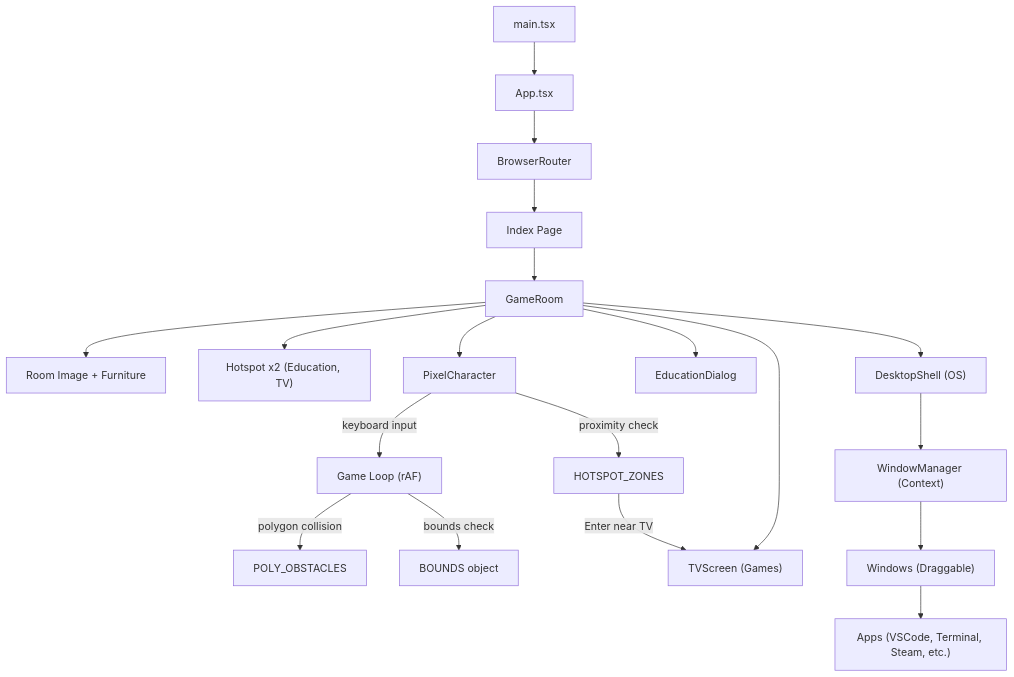
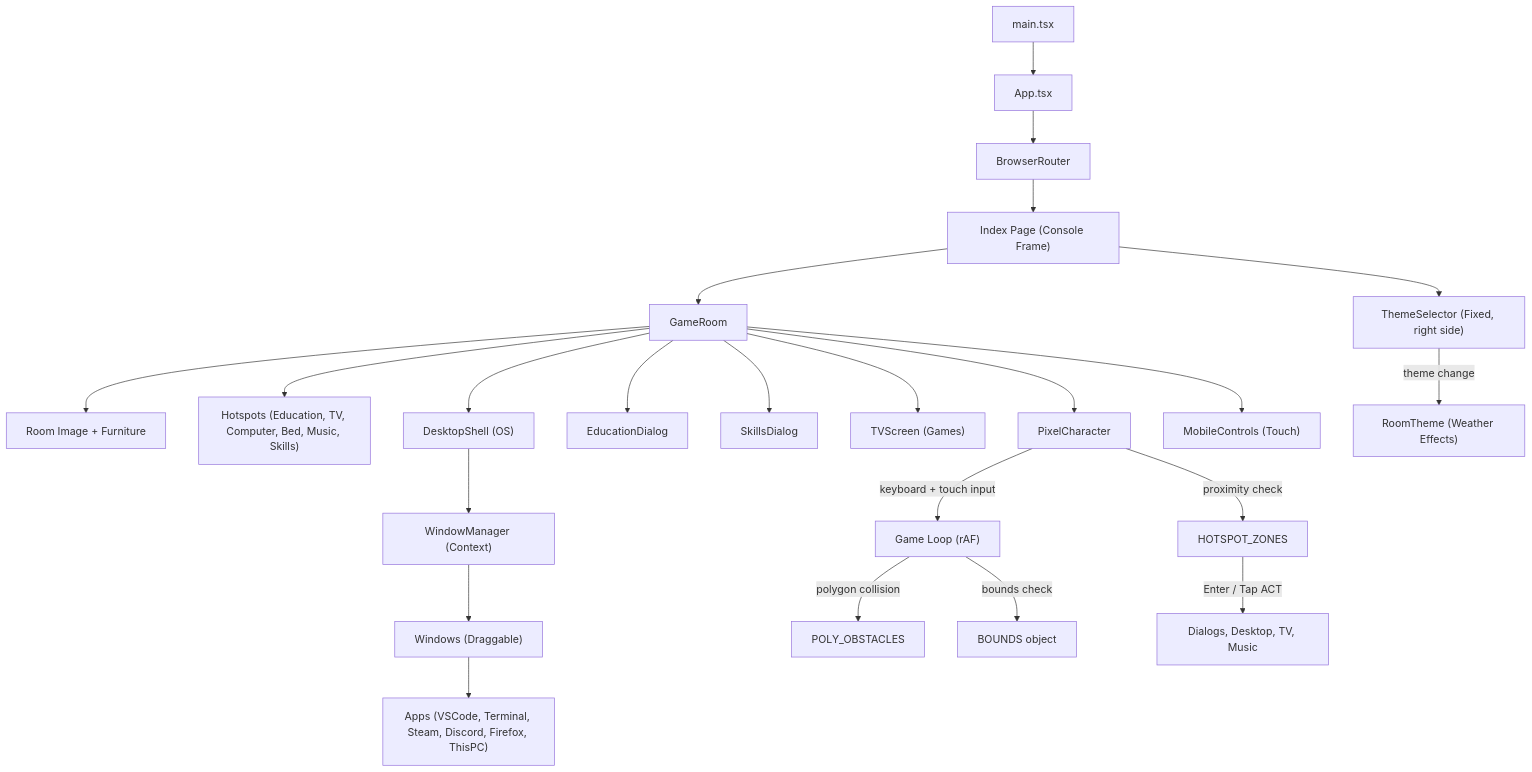
Before and after one commit to abdelrhamanashraf/portfolioGame: the diagram in project_documentation.md, drawn with Mermaid. The commit also changed other lines of this file and 44 other files, not shown here.

````diff
--- a/project_documentation.md
+++ b/project_documentation.md
@@ -80,23 +104,28 @@
 ```mermaid
 graph TD
     A["main.tsx"] --> B["App.tsx"]
     B --> C["BrowserRouter"]
-    C --> D["Index Page"]
+    C --> D["Index Page (Console Frame)"]
     D --> F["GameRoom"]
     F --> G["Room Image + Furniture"]
-    F --> H["Hotspot x2 (Education, TV)"]
+    F --> H["Hotspots (Education, TV, Computer, Bed, Music, Skills)"]
     F --> I["PixelCharacter"]
     F --> L["EducationDialog"]
+    F --> SK["SkillsDialog"]
     F --> T["TVScreen (Games)"]
     F --> DS["DesktopShell (OS)"]
+    F --> MC["MobileControls (Touch)"]
     
     DS --> WM["WindowManager (Context)"]
     WM --> W["Windows (Draggable)"]
-    W --> Apps["Apps (VSCode, Terminal, Steam, etc.)"]
+    W --> Apps["Apps (VSCode, Terminal, Steam, Discord, Firefox, ThisPC)"]
     
-    I -->|"keyboard input"| M["Game Loop (rAF)"]
+    I -->|"keyboard + touch input"| M["Game Loop (rAF)"]
     M -->|"polygon collision"| N["POLY_OBSTACLES"]
     M -->|"bounds check"| O["BOUNDS object"]
     I -->|"proximity check"| P["HOTSPOT_ZONES"]
-    P -->|"Enter near TV"| T
+    P -->|"Enter / Tap ACT"| Actions["Dialogs, Desktop, TV, Music"]
+    
+    D --> TS["ThemeSelector (Fixed, right side)"]
+    TS -->|"theme change"| RT["RoomTheme (Weather Effects)"]
 ```
````
